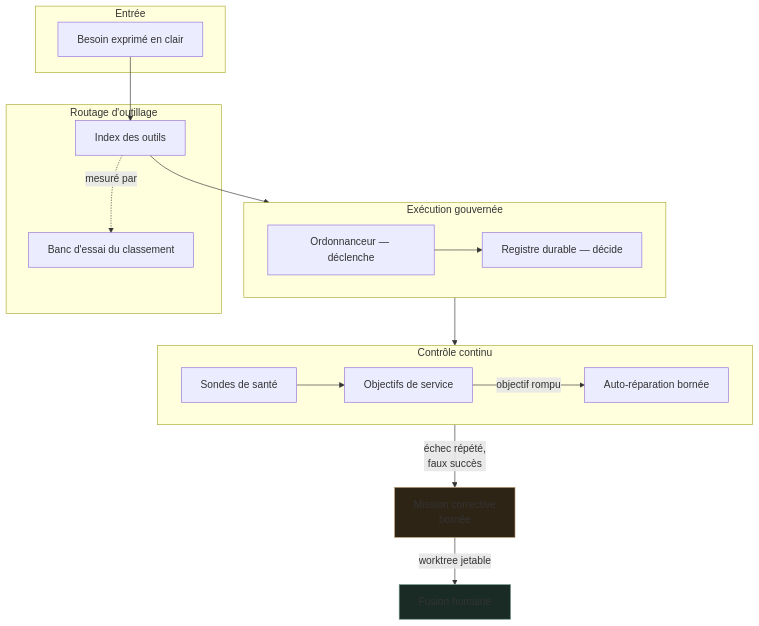
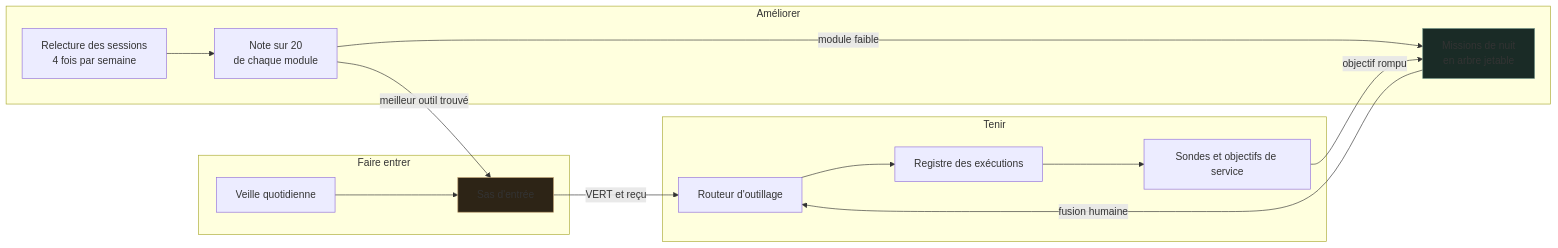
The first of 5 diagrams in README.md (TimoLeDozo/Infrastructure), drawn with Mermaid before and after one commit. The commit also changed other lines of this file, not shown here.

First line of the commit message:
docs: chiffres mesures, boucle d'auto-amelioration, grille de notation sur 20, schema de reprise

````diff
--- a/README.md
+++ b/README.md
@@ -43,35 +39,26 @@
 ```mermaid
-flowchart TB
-    subgraph Entree["Entrée"]
-        B["Besoin exprimé en clair"]
+flowchart LR
+    subgraph Entrer["Faire entrer"]
+        V["Veille quotidienne"] --> SAS["Sas d'entrée"]
     end
+    subgraph Tenir["Tenir"]
+        R["Routeur d'outillage"]
+        S["Sondes et objectifs de service"]
+        REG["Registre des exécutions"]
+    end
+    subgraph Ameliorer["Améliorer"]
+        CU["Relecture des sessions<br/>4 fois par semaine"]
+        N["Note sur 20<br/>de chaque module"]
+        NUIT["Missions de nuit<br/>en arbre jetable"]
+    end
+    SAS -->|VERT et reçu| R
+    R --> REG --> S
+    S -->|objectif rompu| NUIT
+    CU --> N
+    N -->|module faible| NUIT
+    N -->|meilleur outil trouvé| SAS
+    NUIT -->|fusion humaine| R
 
-    subgraph Routage["Routage d'outillage"]
-        R["Index des outils"]
-        BE["Banc d'essai du classement"]
-        R -.mesuré par.-> BE
-    end
-
-    subgraph Execution["Exécution gouvernée"]
-        P["Ordonnanceur — déclenche"]
-        L["Registre durable — décide"]
-        P --> L
-    end
-
-    subgraph Controle["Contrôle continu"]
-        S["Sondes de santé"]
-        SLO["Objectifs de service"]
-        AH["Auto-réparation bornée"]
-        S --> SLO
-        SLO -->|objectif rompu| AH
-    end
-
-    B --> R
-    R --> Execution
-    Execution --> Controle
-    Controle -->|"échec répété,<br/>faux succès"| MISSION["Mission corrective<br/>bornée"]
-    MISSION -->|worktree jetable| REVUE["Fusion humaine"]
-
-    style MISSION fill:#2d2416,stroke:#b7986a
-    style REVUE fill:#1a2b26,stroke:#6d9083
+    style SAS fill:#2d2416,stroke:#b7986a
+    style NUIT fill:#1a2b26,stroke:#6d9083
 ```
````
